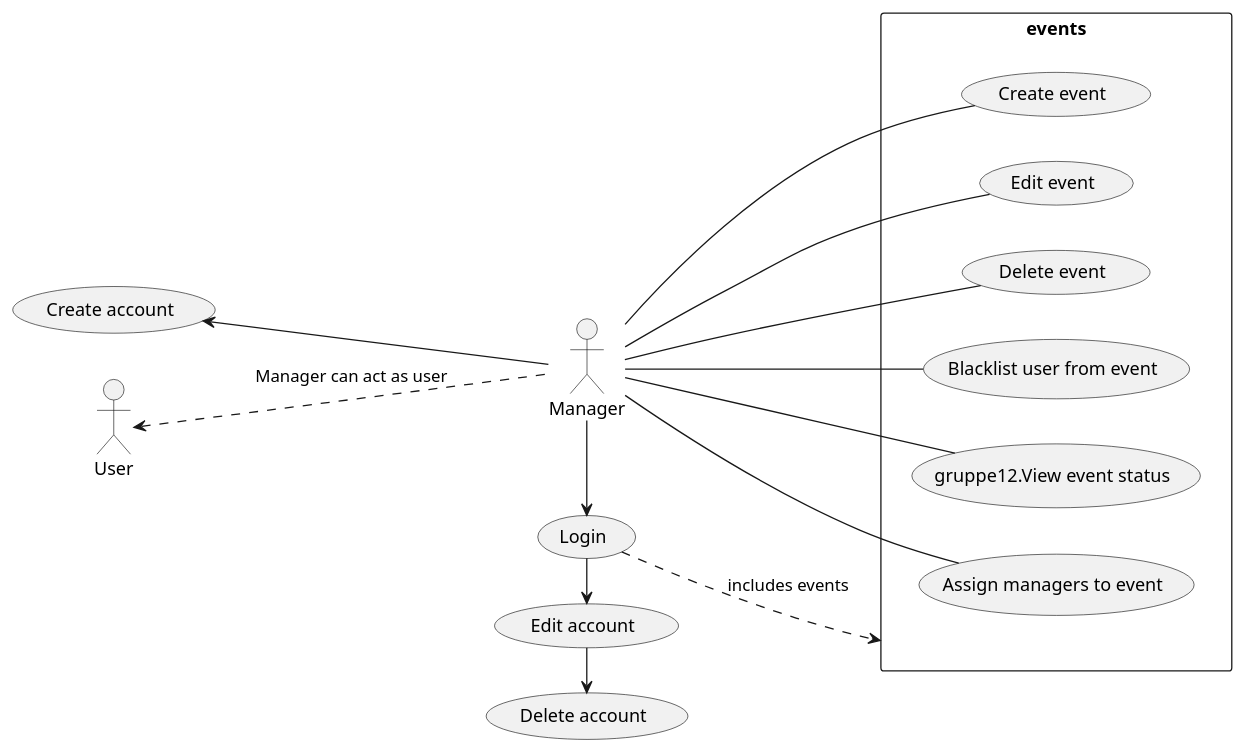
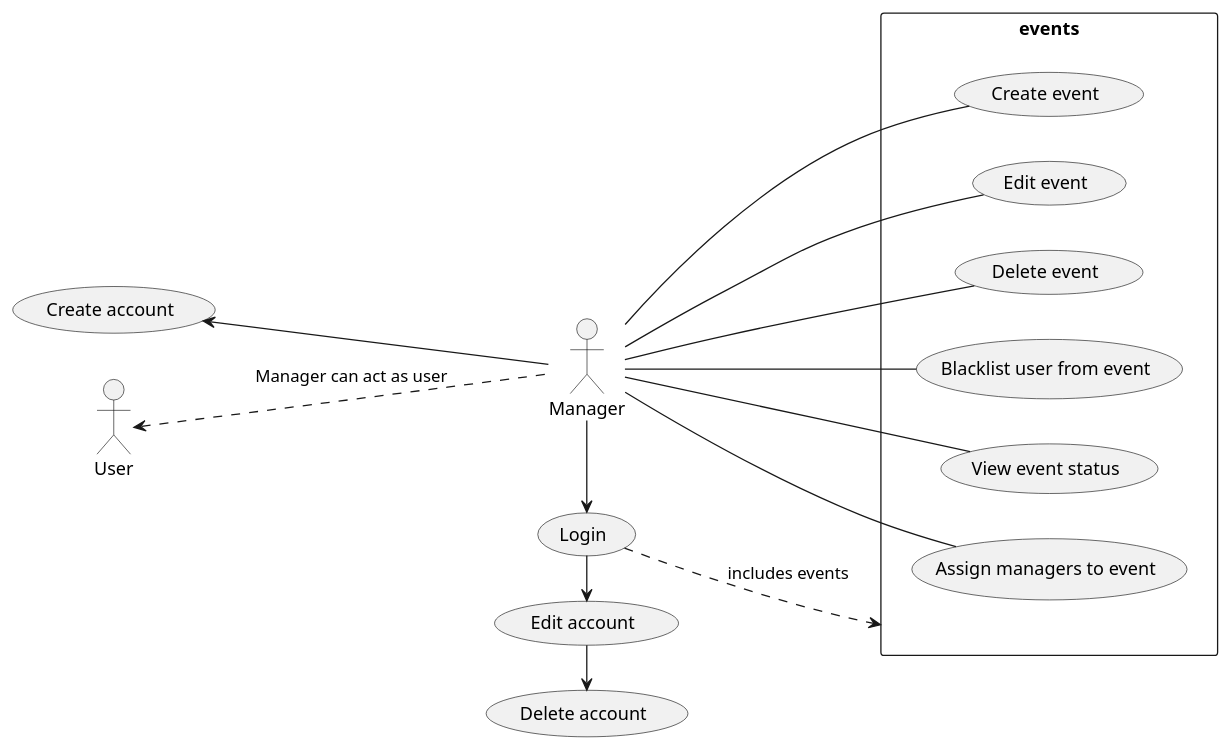
One commit to simenvl/software-engineering_g12 changed the diagram in src/main/java/gruppe12/Charts/Manager Usecase.puml. Above: the diagram before and after it, drawn with PlantUML. The commit also changed 34 other files, not shown here.

```diff
--- a/src/main/java/gruppe12/Charts/Manager Usecase.puml
+++ b/src/main/java/gruppe12/Charts/Manager Usecase.puml
@@ -1,24 +1,24 @@
 @startuml
 
 left to right direction
 skinparam packageStyle rectangle
 actor User as Basics
 actor Manager as User
 
 Basics <.- User : Manager can act as user
 
 User -> (Login)
 (Login) .> events : includes events
 User -up-> (Create account)
 
 (Login) -> (Edit account)
 (Edit account) -> (Delete account)
 rectangle events {
   User -- (Create event)
   User -- (Edit event)
   User -- (Delete event)
   User -- (Blacklist user from event)
-  User -- (gruppe12.View event status)
+  User -- (View event status)
   User -- (Assign managers to event)
 }
 @enduml
```
